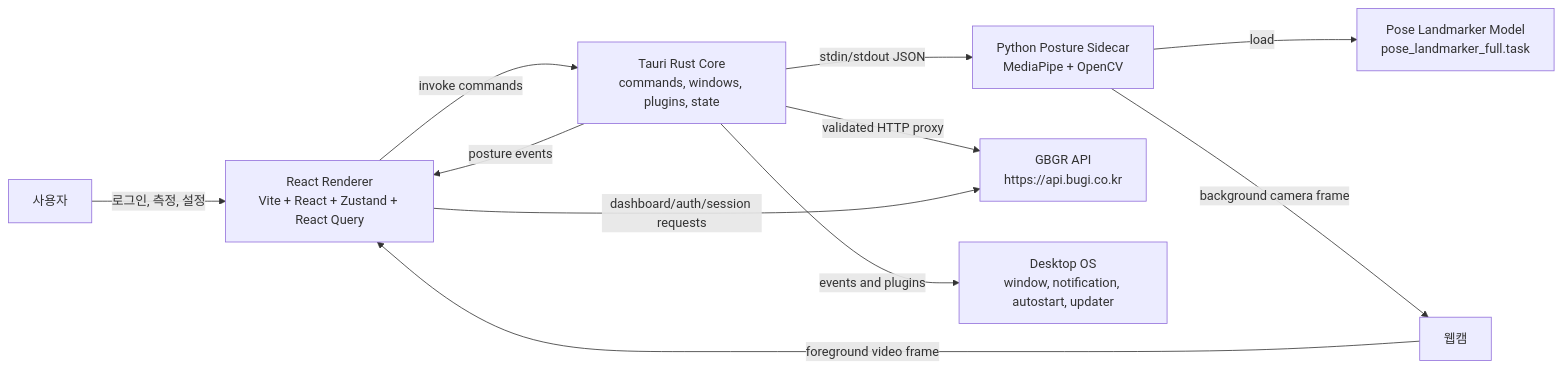
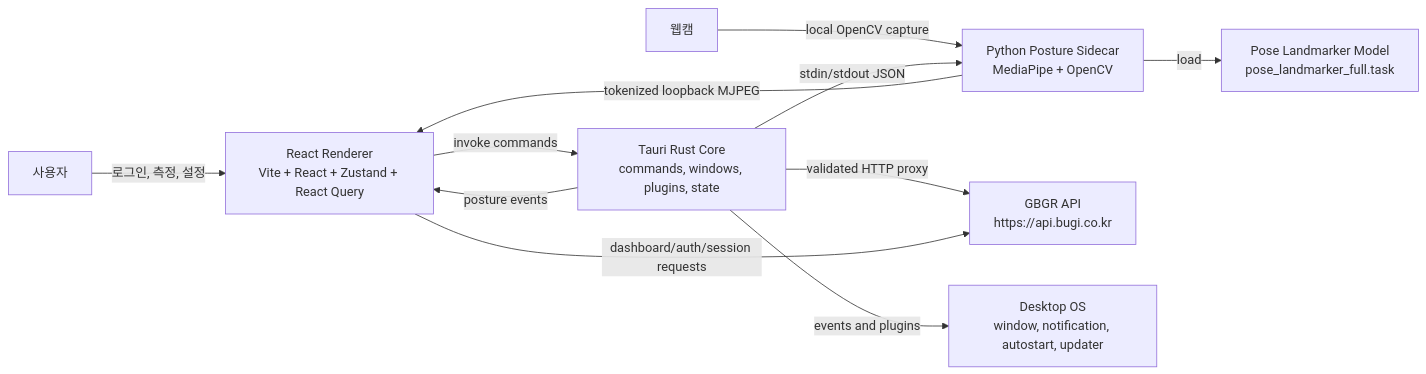
One commit to choihooo/gbgr-migration changed the first of 9 diagrams in migration/docs/architecture-overview.md. Above: the diagram before and after it, drawn with Mermaid. The commit also changed other lines of this file and 100 other files, not shown here.

Commit message:
feat: harden camera stream permission flow

````diff
--- a/migration/docs/architecture-overview.md
+++ b/migration/docs/architecture-overview.md
@@ -22,22 +22,22 @@
 ```mermaid
 graph LR
     User["사용자"]
     Camera["웹캠"]
     Renderer["React Renderer<br/>Vite + React + Zustand + React Query"]
     Tauri["Tauri Rust Core<br/>commands, windows, plugins, state"]
     Sidecar["Python Posture Sidecar<br/>MediaPipe + OpenCV"]
     Model["Pose Landmarker Model<br/>pose_landmarker_full.task"]
     Api["GBGR API<br/>https://api.bugi.co.kr"]
     OS["Desktop OS<br/>window, notification, autostart, updater"]
 
     User -->|"로그인, 측정, 설정"| Renderer
-    Camera -->|"foreground video frame"| Renderer
+    Camera -->|"local OpenCV capture"| Sidecar
     Renderer -->|"invoke commands"| Tauri
     Tauri -->|"stdin/stdout JSON"| Sidecar
     Sidecar -->|"load"| Model
-    Sidecar -->|"background camera frame"| Camera
+    Sidecar -->|"tokenized loopback MJPEG"| Renderer
     Tauri -->|"validated HTTP proxy"| Api
     Tauri -->|"events and plugins"| OS
     Tauri -->|"posture events"| Renderer
     Renderer -->|"dashboard/auth/session requests"| Api
 ```
````
